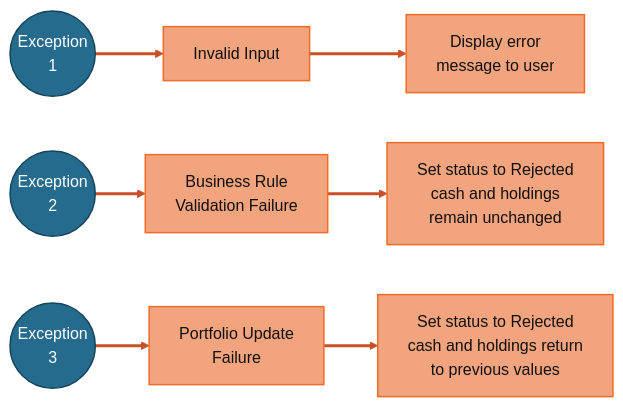
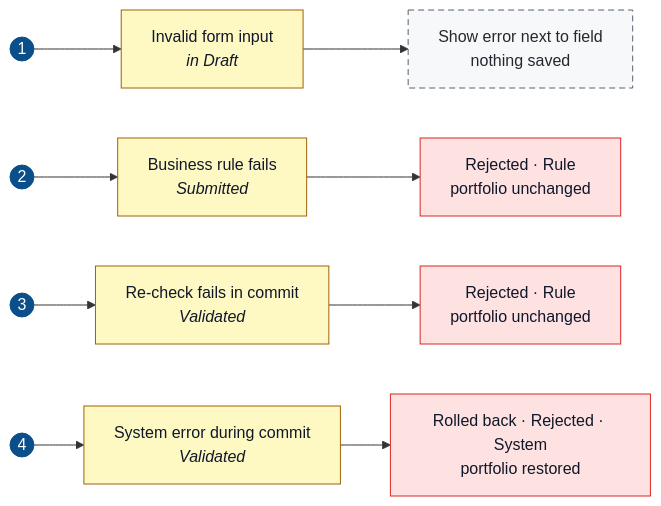
One commit to AustinNguyen1/MIS3371-Section10129-Group14 changed the second of 2 diagrams in docs/03-system-design/state-diagram.md. Above: the diagram before and after it, drawn with Mermaid. The commit also changed other lines of this file and 28 other files, not shown here.

````diff
--- a/docs/03-system-design/state-diagram.md
+++ b/docs/03-system-design/state-diagram.md
@@ -34,26 +48,12 @@
 ```mermaid
 flowchart LR
-    E1(("Exception<br/>1"))
-    I1["Invalid Input"]
-    O1["Display error<br/>message to user"]
+    E1(("1")):::num --> I1["Invalid form input<br/><i>in Draft</i>"]:::cause --> O1["Show error next to field<br/>nothing saved"]:::draft
+    E2(("2")):::num --> I2["Business rule fails<br/><i>Submitted</i>"]:::cause --> O2["Rejected · Rule<br/>portfolio unchanged"]:::rejected
+    E3(("3")):::num --> I3["Re-check fails in commit<br/><i>Validated</i>"]:::cause --> O3["Rejected · Rule<br/>portfolio unchanged"]:::rejected
+    E4(("4")):::num --> I4["System error during commit<br/><i>Validated</i>"]:::cause --> O4["Rolled back · Rejected · System<br/>portfolio restored"]:::rejected
 
-    E2(("Exception<br/>2"))
-    I2["Business Rule<br/>Validation Failure"]
-    O2["Set status to Rejected<br/>cash and holdings<br/>remain unchanged"]
-
-    E3(("Exception<br/>3"))
-    I3["Portfolio Update<br/>Failure"]
-    O3["Set status to Rejected<br/>cash and holdings return<br/>to previous values"]
-
-    E1 --> I1 --> O1
-    E2 --> I2 --> O2
-    E3 --> I3 --> O3
-
-    classDef exception fill:#246b8e,stroke:#16445b,color:#ffffff,stroke-width:1.5px
-    classDef failure fill:#f2a47f,stroke:#f06b27,color:#111111,stroke-width:1.5px
-
-    class E1,E2,E3 exception
-    class I1,I2,I3,O1,O2,O3 failure
-
-    linkStyle default stroke:#c94f27,stroke-width:3px
+    classDef num fill:#0b4f8a,stroke:#0b4f8a,color:#ffffff
+    classDef cause fill:#fef9c3,stroke:#a16207,color:#0f172a
+    classDef draft fill:#f6f8fa,stroke:#57606a,color:#24292f,stroke-dasharray:6 4
+    classDef rejected fill:#fee2e2,stroke:#dc2626,color:#0f172a
 ```
````
